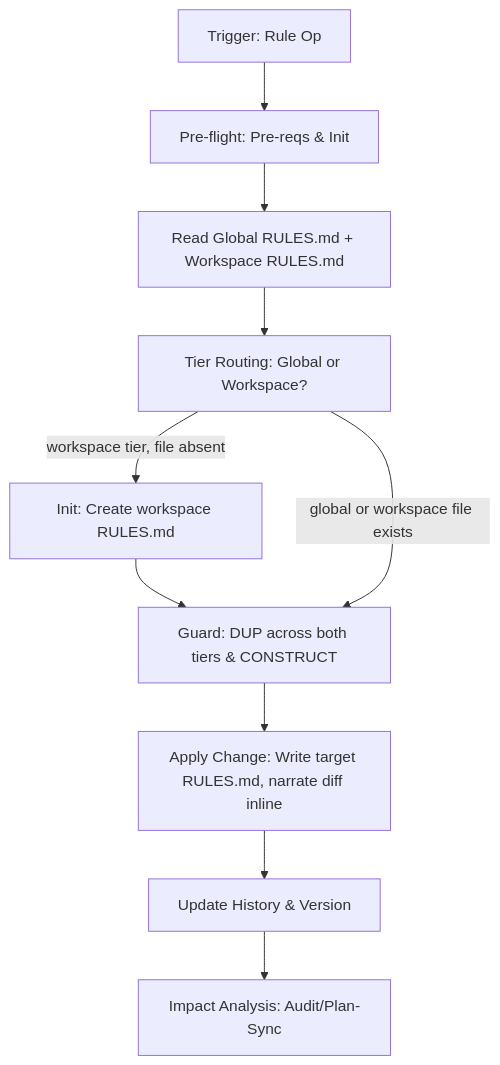
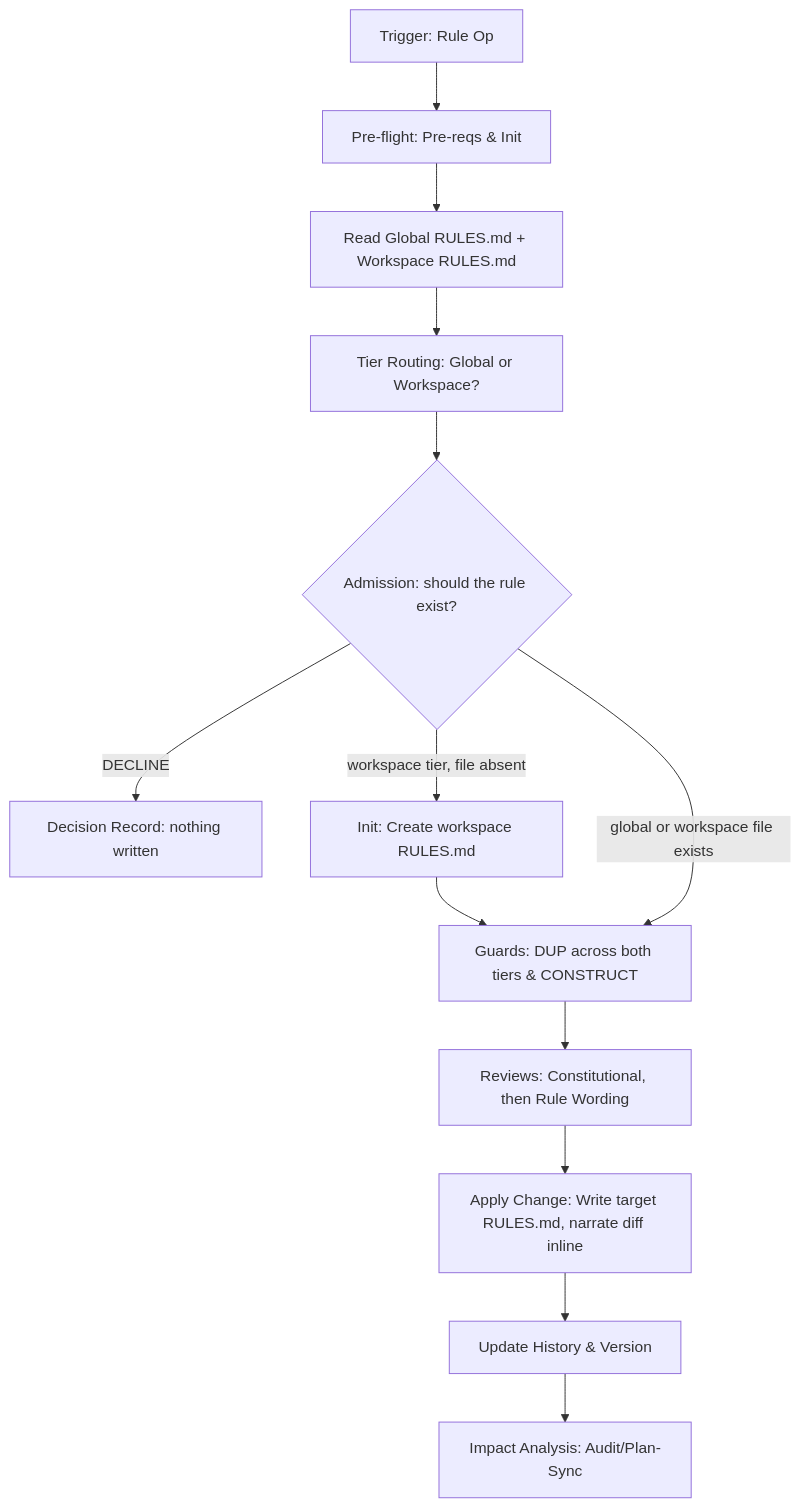
The diagram in .magic/rule.md (teratron/magic-spec), drawn with Mermaid before and after one commit. The commit also changed other lines of this file and 41 other files, not shown here.

First line of the commit message:
feat: Enhance rule and spec workflows with improved T4 handling and admission logic

````diff
--- a/.magic/rule.md
+++ b/.magic/rule.md
@@ -26,12 +26,15 @@
 ```mermaid
 graph TD
     A[Trigger: Rule Op] --> B[Pre-flight: Pre-reqs & Init]
     B --> C[Read Global RULES.md + Workspace RULES.md]
     C --> D[Tier Routing: Global or Workspace?]
-    D -->|workspace tier, file absent| D2[Init: Create workspace RULES.md]
-    D2 --> E[Guard: DUP across both tiers & CONSTRUCT]
-    D -->|global or workspace file exists| E
-    E --> F[Apply Change: Write target RULES.md, narrate diff inline]
+    D --> AD{Admission: should the rule exist?}
+    AD -->|DECLINE| Z[Decision Record: nothing written]
+    AD -->|workspace tier, file absent| D2[Init: Create workspace RULES.md]
+    D2 --> E[Guards: DUP across both tiers & CONSTRUCT]
+    AD -->|global or workspace file exists| E
+    E --> R[Reviews: Constitutional, then Rule Wording]
+    R --> F[Apply Change: Write target RULES.md, narrate diff inline]
     F --> G[Update History & Version]
     G --> H[Impact Analysis: Audit/Plan-Sync]
 ```
````
